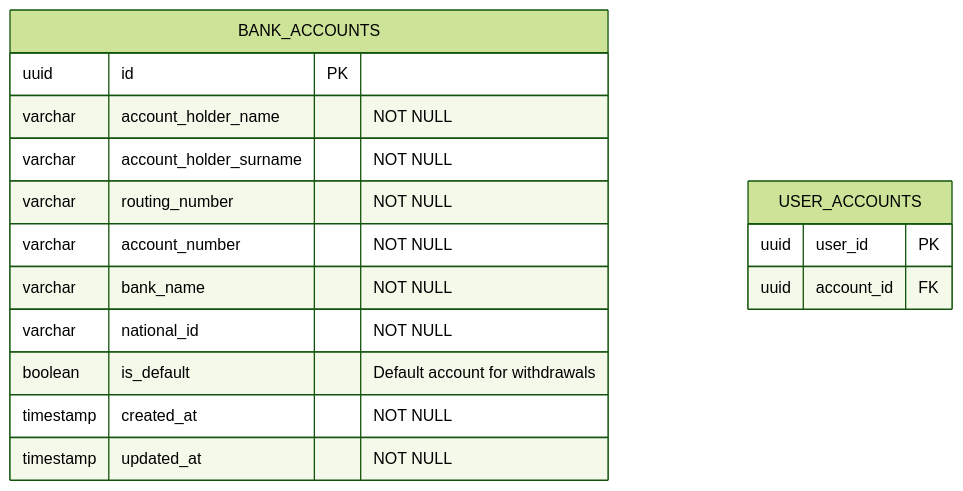
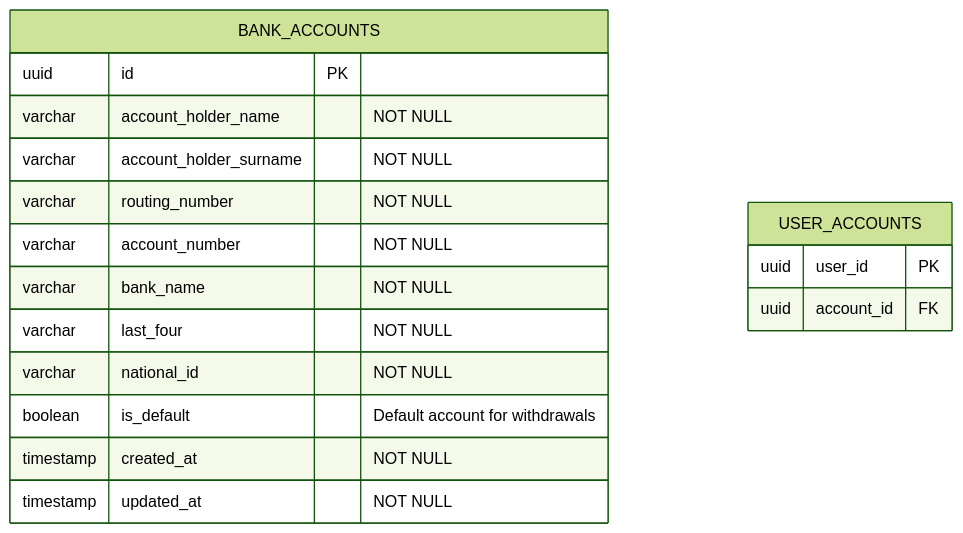
The seventh of 8 diagrams in README.md (brunorp/ontop-challenge), drawn with Mermaid (forest theme) before and after one commit. The commit also changed other lines of this file, not shown here.

````diff
--- a/README.md
+++ b/README.md
@@ -440,21 +440,22 @@
 ```mermaid
 erDiagram
 
     BANK_ACCOUNTS {
         uuid id PK
         varchar account_holder_name "NOT NULL"
         varchar account_holder_surname "NOT NULL"
         varchar routing_number "NOT NULL"
         varchar account_number "NOT NULL"
         varchar bank_name "NOT NULL"
+        varchar last_four "NOT NULL"
         varchar national_id "NOT NULL"
         boolean is_default "Default account for withdrawals"
         timestamp created_at "NOT NULL"
         timestamp updated_at "NOT NULL"
     }
     
     USER_ACCOUNTS {
         uuid user_id PK
         uuid account_id FK
     }
 ```
````
